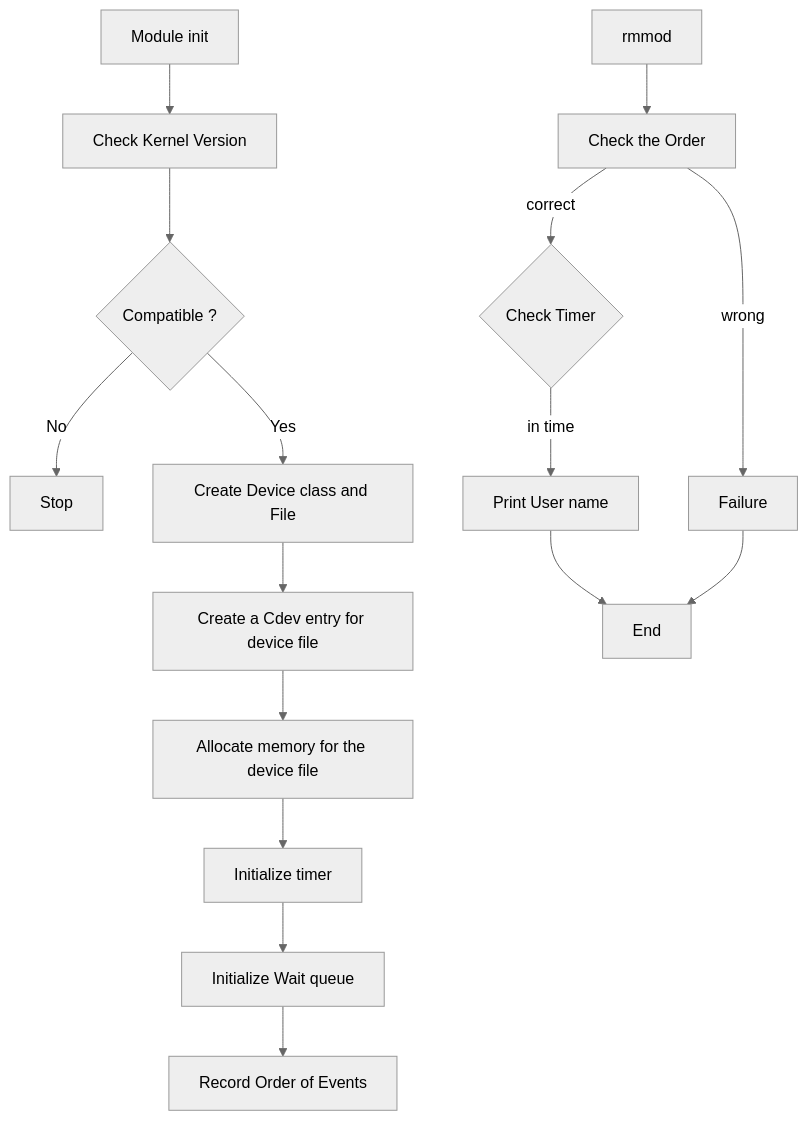
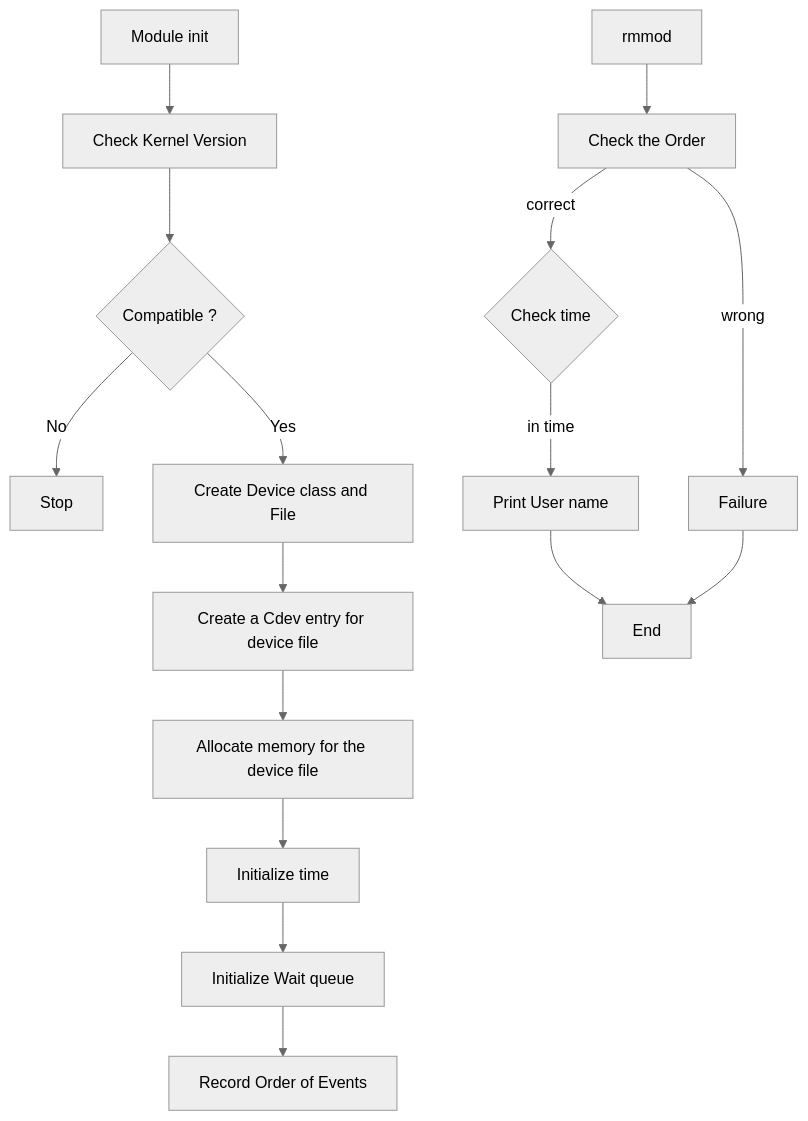
One commit to vikram18rock/S5_OS changed the diagram in README.md. Above: the diagram before and after it, drawn with Mermaid (neutral theme). The commit also changed other lines of this file, not shown here.

````diff
--- a/README.md
+++ b/README.md
@@ -82,21 +81,21 @@
 ```mermaid
 
 	graph TD;
 	B[Module init]-->C[Check Kernel Version]
 	C-->P{Compatible ?}
 	P-->|No|Z[Stop]
 	P-->|Yes|E[Create Device class and File]
 	F-->G[Allocate memory for the device file]
-	G-->H[Initialize timer]
+	G-->H[Initialize time]
 	H-->I[Initialize Wait queue]
 	I-->J[Record Order of Events]
 
 	E-->F[Create a Cdev entry for device file]
 
 	K[rmmod]-->L[Check the Order]
-	L--correct-->T{Check Timer}
+	L--correct-->T{Check time}
 	T-->|in time|M[Print User name]
 	L--wrong-->N[Failure]
 	M-->O[End]
 	N-->O
 ```
````
